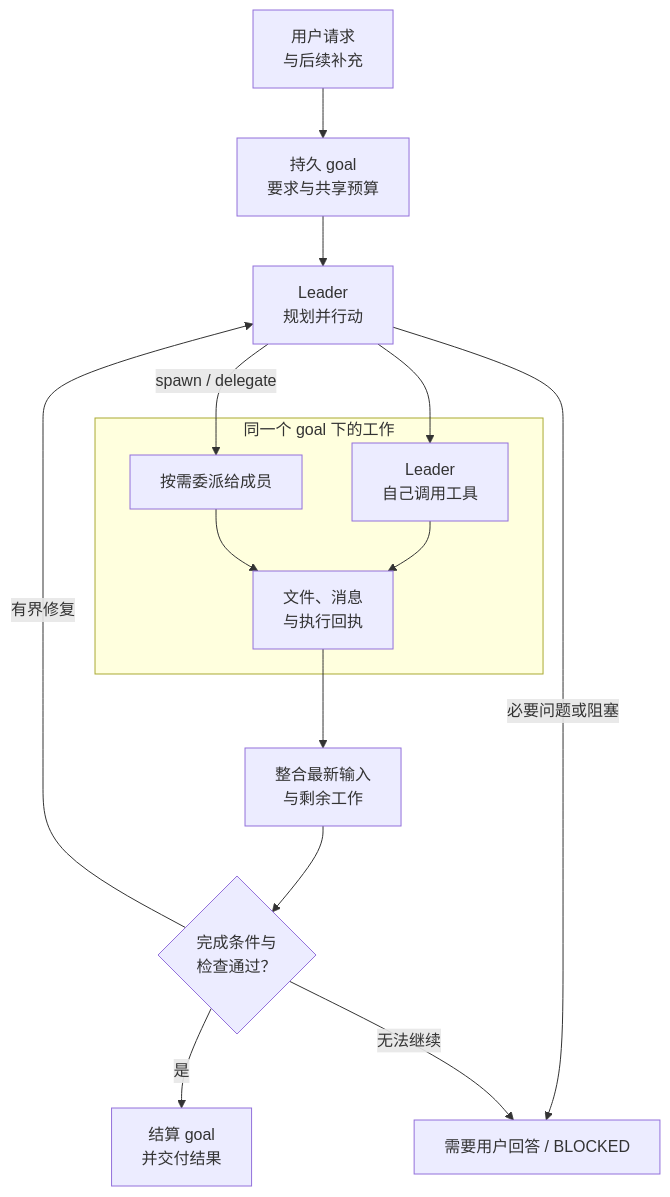
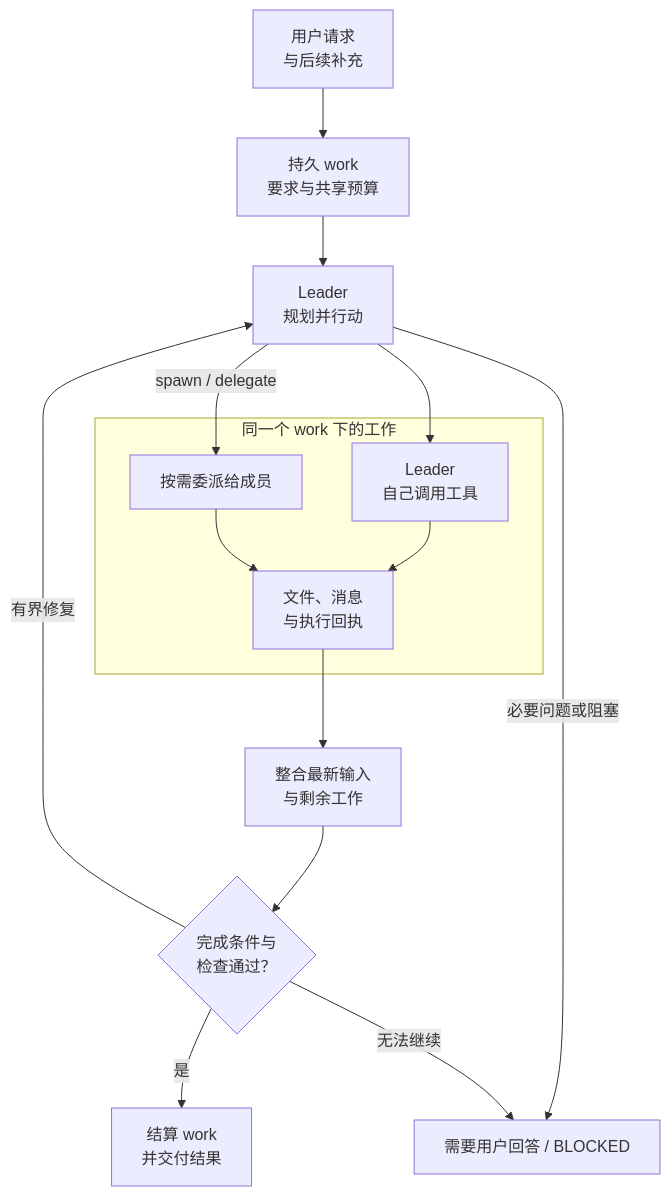
Before and after one commit to seek-hope/TeamAgents: the first of 5 diagrams in README.zh-CN.md, drawn with Mermaid. The commit also changed other lines of this file and 177 other files, not shown here.

Commit message:
Remove goal entity and migrate to work scopes

````diff
--- a/README.zh-CN.md
+++ b/README.zh-CN.md
@@ -29,22 +28,22 @@
 ```mermaid
 flowchart TB
     accTitle: 从用户请求到经过验证的结果
-    accDescr: Leader 可以独立工作，也可以在同一持久目标下委派任务。结果必须整合并通过检查，提问、阻塞和修复均有明确路径。
-    user["用户请求<br/>与后续补充"] --> goal["持久 goal<br/>要求与共享预算"]
-    goal --> leader["Leader<br/>规划并行动"]
-    subgraph execution["同一个 goal 下的工作"]
+    accDescr: Leader 可以独立工作，也可以在同一持久工作下委派任务。结果必须整合并通过检查，提问、阻塞和修复均有明确路径。
+    user["用户请求<br/>与后续补充"] --> work["持久 work<br/>要求与共享预算"]
+    work --> leader["Leader<br/>规划并行动"]
+    subgraph execution["同一个 work 下的工作"]
         own["Leader<br/>自己调用工具"]
         members["按需委派给成员"]
         evidence["文件、消息<br/>与执行回执"]
         own --> evidence
         members --> evidence
     end
     leader --> own
     leader -->|"spawn / delegate"| members
     leader -->|"必要问题或阻塞"| attention["需要用户回答 / BLOCKED"]
     evidence --> reconcile["整合最新输入<br/>与剩余工作"]
     reconcile --> checks{"完成条件与<br/>检查通过？"}
-    checks -->|"是"| result["结算 goal<br/>并交付结果"]
+    checks -->|"是"| result["结算 work<br/>并交付结果"]
     checks -->|"有界修复"| leader
     checks -->|"无法继续"| attention
 ```
````
